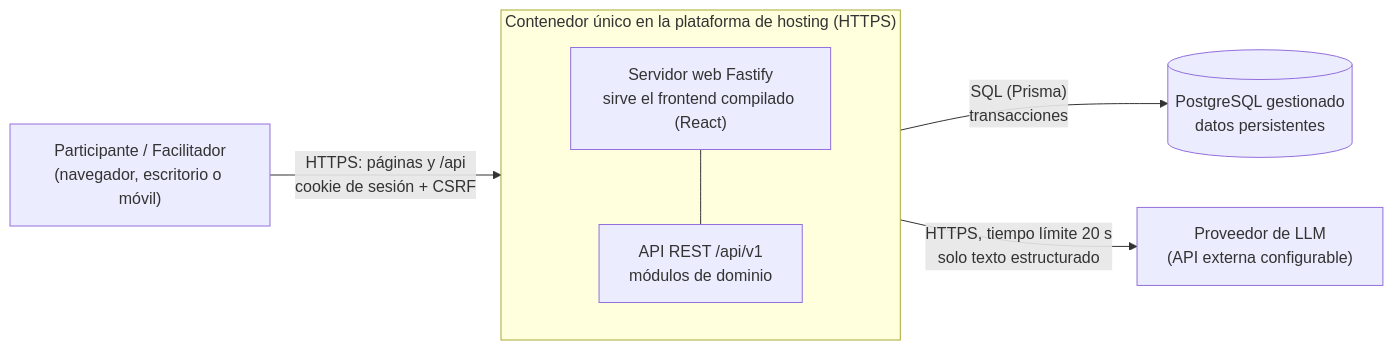
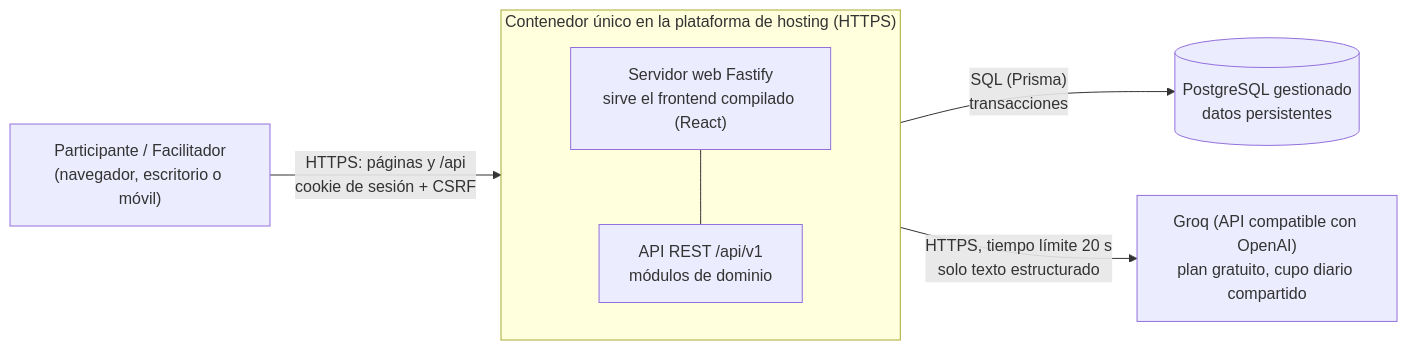
Before and after one commit to JheraldC/scrum-assistent-intelligent-artificial: the diagram in specs/001-scrum-ai-agent-guide/diagrams/01-arquitectura-general.md, drawn with Mermaid. The commit also changed other lines of this file and 8 other files, not shown here.

First line of the commit message:
docs(spec): fijar Groq como proveedor de IA y aclarar alcance del MVP

````diff
--- a/specs/001-scrum-ai-agent-guide/diagrams/01-arquitectura-general.md
+++ b/specs/001-scrum-ai-agent-guide/diagrams/01-arquitectura-general.md
@@ -6,16 +6,16 @@
 ```mermaid
 flowchart LR
     U["Participante / Facilitador<br/>(navegador, escritorio o móvil)"]
     subgraph Host["Contenedor único en la plataforma de hosting (HTTPS)"]
         direction TB
         S["Servidor web Fastify<br/>sirve el frontend compilado (React)"]
         API["API REST /api/v1<br/>módulos de dominio"]
         S --- API
     end
     DB[("PostgreSQL gestionado<br/>datos persistentes")]
-    LLM["Proveedor de LLM<br/>(API externa configurable)"]
+    LLM["Groq (API compatible con OpenAI)<br/>plan gratuito, cupo diario compartido"]
 
     U -- "HTTPS: páginas y /api<br/>cookie de sesión + CSRF" --> S
     API -- "SQL (Prisma)<br/>transacciones" --> DB
     API -- "HTTPS, tiempo límite 20 s<br/>solo texto estructurado" --> LLM
 ```
````
